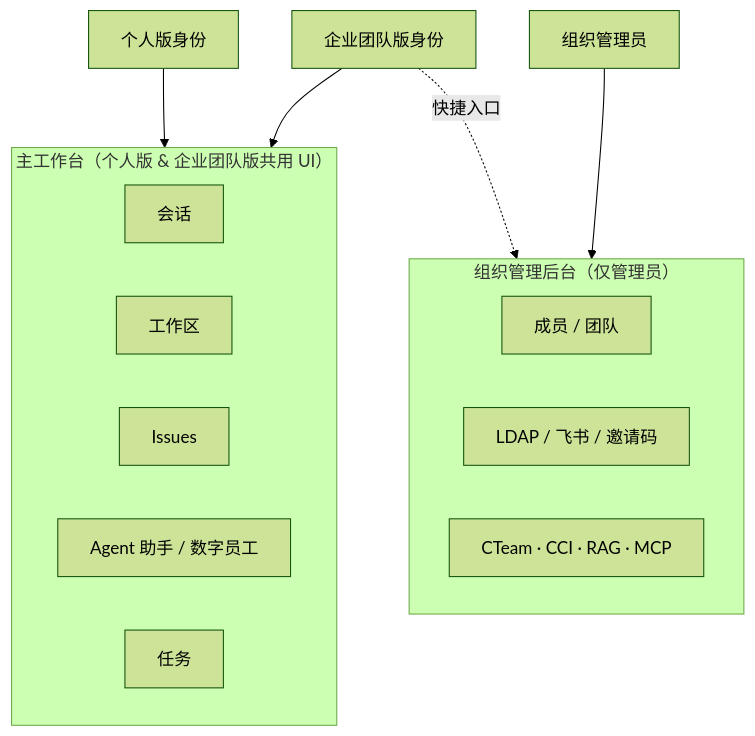
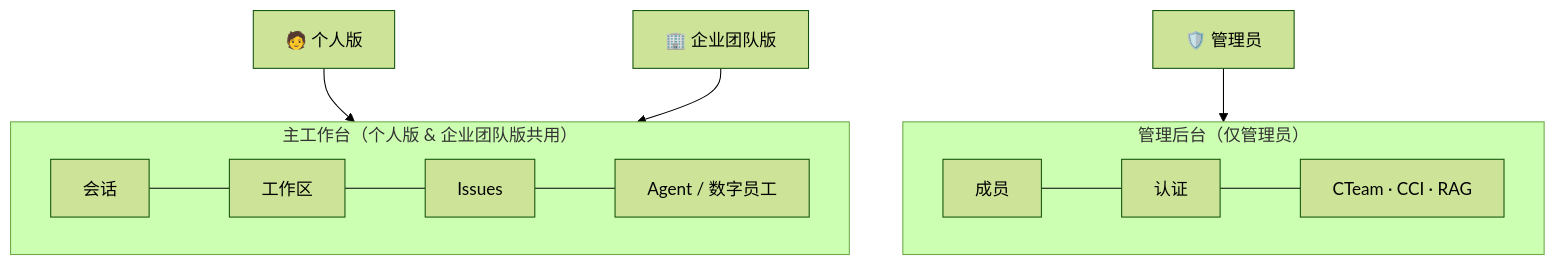
Before and after one commit to gaogg521/1ONE-ClaudeCode: the second of 3 diagrams in readme.md, drawn with Mermaid (forest theme). The commit also changed other lines of this file, not shown here.

````diff
--- a/readme.md
+++ b/readme.md
@@ -224,21 +300,12 @@
 ```mermaid
 flowchart TB
-  subgraph Workbench["主工作台（个人版 & 企业团队版共用 UI）"]
-    S["会话"]
-    W["工作区"]
-    I["Issues"]
-    A["Agent 助手 / 数字员工"]
-    T["任务"]
+  subgraph Workbench["主工作台（个人版 & 企业团队版共用）"]
+    S["会话"] --- W["工作区"] --- I["Issues"] --- A["Agent / 数字员工"]
   end
-
-  subgraph Admin["组织管理后台（仅管理员）"]
-    U["成员 / 团队"]
-    Auth["LDAP / 飞书 / 邀请码"]
-    DevOps["CTeam · CCI · RAG · MCP"]
+  subgraph Admin["管理后台（仅管理员）"]
+    U["成员"] --- Auth["认证"] --- DevOps["CTeam · CCI · RAG"]
   end
-
-  Personal["个人版身份"] --> Workbench
-  Enterprise["企业团队版身份"] --> Workbench
-  OrgAdmin["组织管理员"] --> Admin
-  Enterprise -.->|"快捷入口"| Admin
+  Personal["🧑 个人版"] --> Workbench
+  Enterprise["🏢 企业团队版"] --> Workbench
+  OrgAdmin["🛡️ 管理员"] --> Admin
 ```
````
